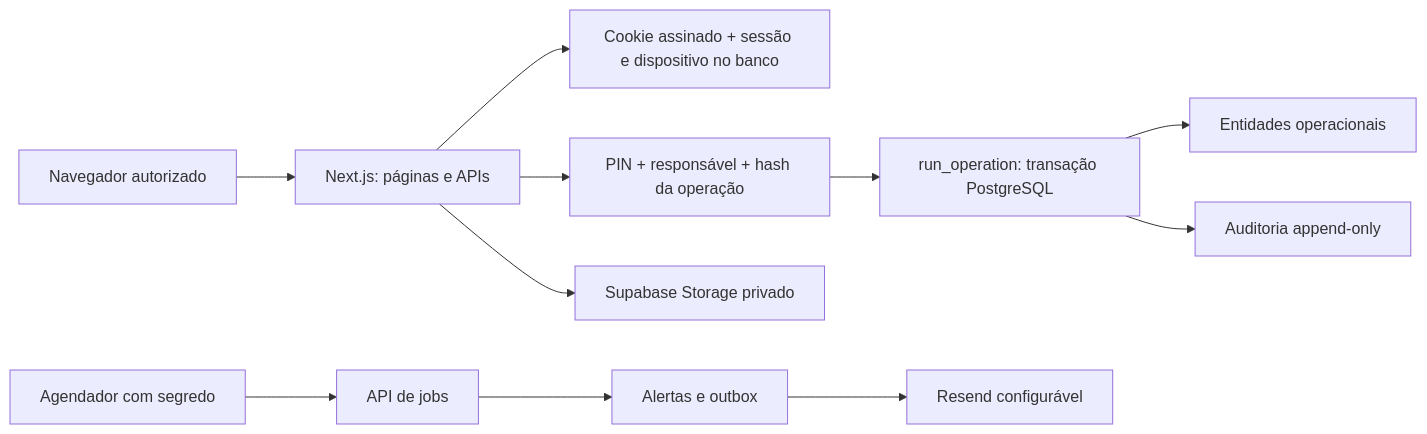
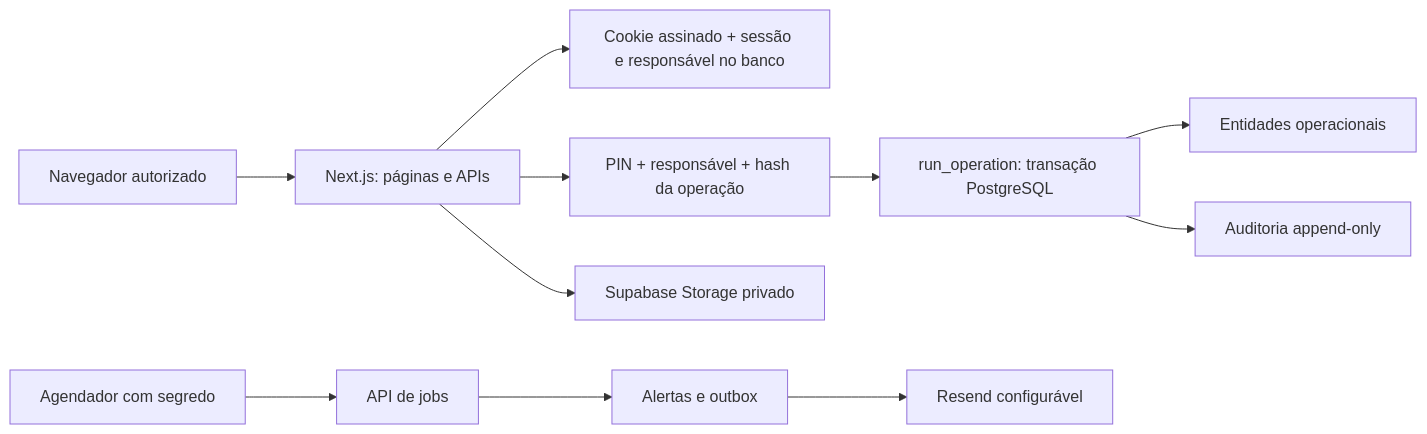
Before and after one commit to MartnsDev/Lavilli-MRO: the diagram in docs/architecture.md, drawn with Mermaid. The commit also changed other lines of this file and 28 other files, not shown here.

````diff
--- a/docs/architecture.md
+++ b/docs/architecture.md
@@ -5,13 +5,13 @@
 ```mermaid
 flowchart LR
  Browser[Navegador autorizado] --> Next[Next.js: páginas e APIs]
- Next --> Auth[Cookie assinado + sessão e dispositivo no banco]
+ Next --> Auth[Cookie assinado + sessão e responsável no banco]
  Next --> Confirm[PIN + responsável + hash da operação]
  Confirm --> SQL[run_operation: transação PostgreSQL]
  SQL --> Data[Entidades operacionais]
  SQL --> Audit[Auditoria append-only]
  Next --> Storage[Supabase Storage privado]
  Scheduler[Agendador com segredo] --> Jobs[API de jobs]
  Jobs --> Alerts[Alertas e outbox]
  Alerts --> Resend[Resend configurável]
 ```
````
